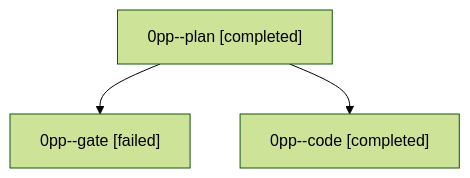
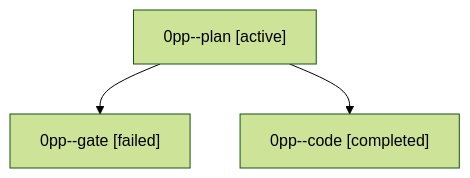
Before and after one commit to sase-org/sase--agents: the diagram in families/bbugyi200.athena.0pp.md, drawn with Mermaid (forest theme). The commit also changed other lines of this file and 35830 other files, not shown here.

````diff
--- a/families/bbugyi200.athena.0pp.md
+++ b/families/bbugyi200.athena.0pp.md
@@ -9,8 +9,8 @@
 ```mermaid
 flowchart TD
-  n0["0pp--plan [completed]"]
+  n0["0pp--plan [active]"]
   n1["0pp--gate [failed]"]
   n0 --> n1
   n2["0pp--code [completed]"]
   n0 --> n2
 ```
````
